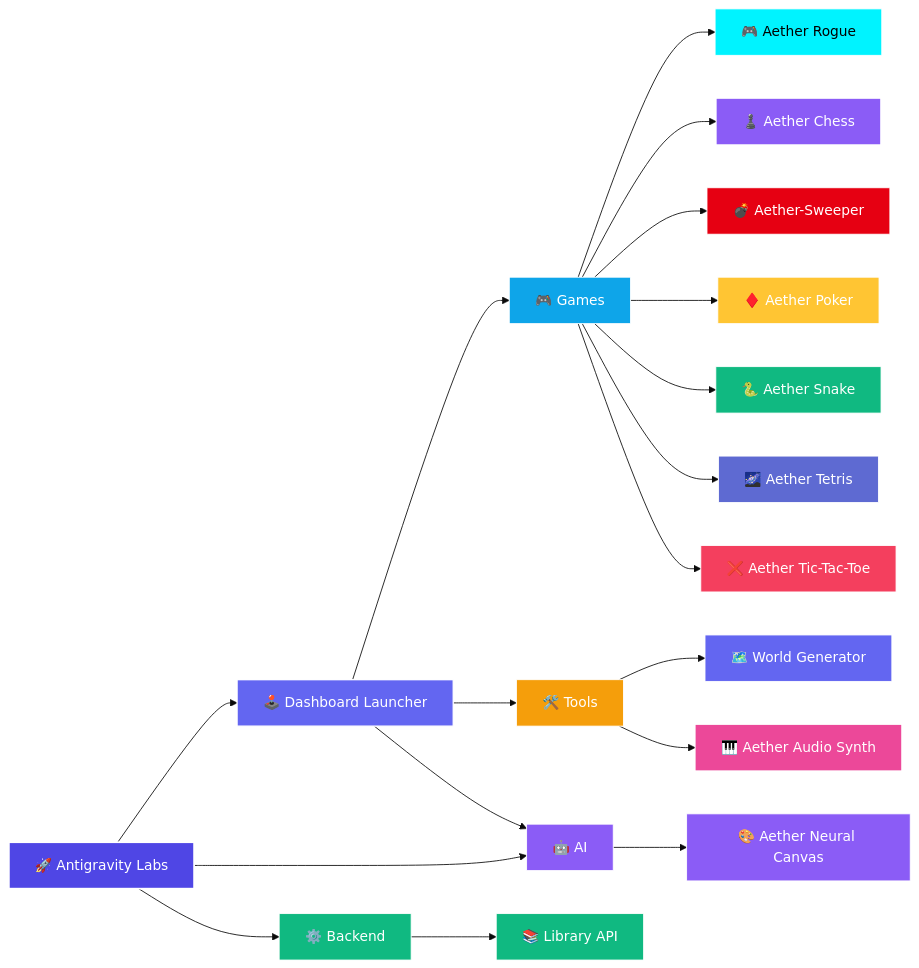
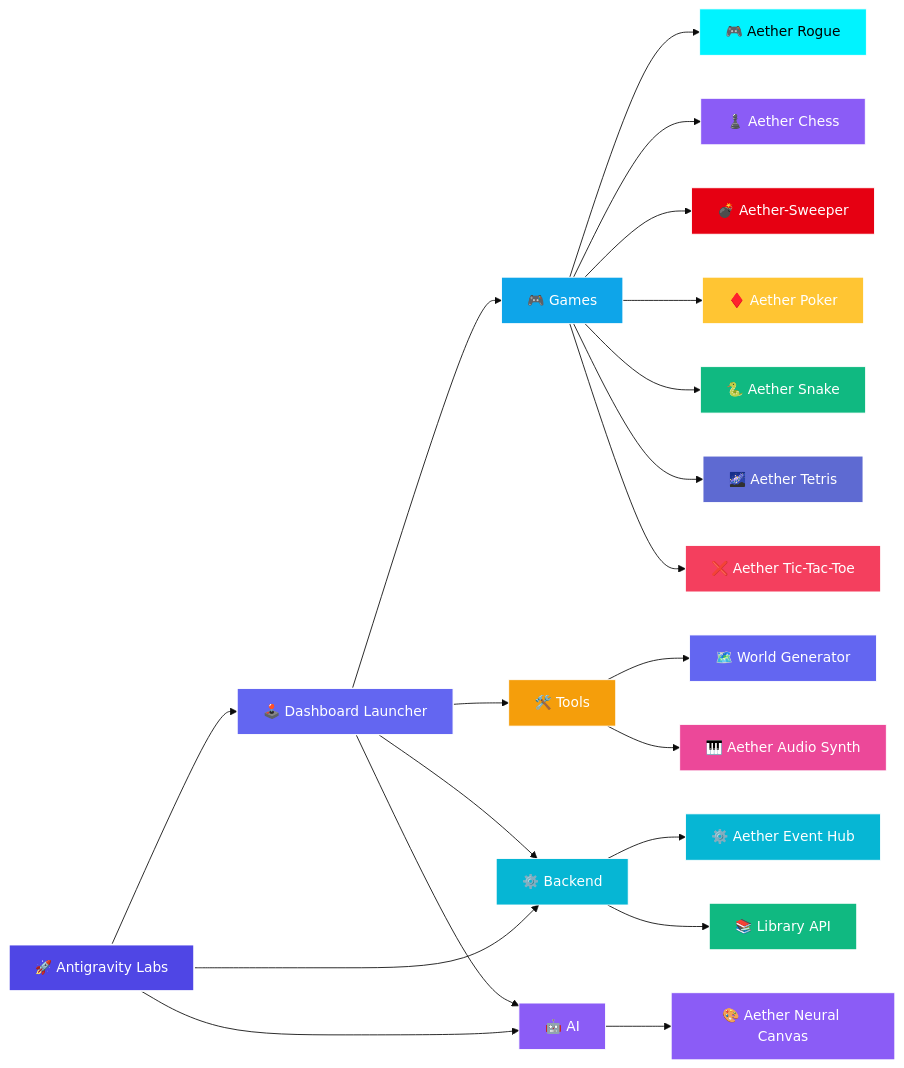
The diagram in README.md (Leturnos/antigravity-labs), drawn with Mermaid (base theme) before and after one commit. The commit also changed other lines of this file and 26 other files, not shown here.

Commit message:
feat(event-hub): add event hub task queue and websocket engine

````diff
--- a/README.md
+++ b/README.md
@@ -36,46 +37,49 @@
 ```mermaid
 flowchart LR
     Root["🚀 Antigravity Labs"]
     Launcher["🕹️ Dashboard Launcher"]
 
     Root --> Launcher
     Root --> Backend["⚙️ Backend"]
     Root --> AI["🤖 AI"]
 
     Launcher --> Games["🎮 Games"]
     Launcher --> Tools["🛠️ Tools"]
     Launcher --> AI["🤖 AI"]
+    Launcher --> Backend["⚙️ Backend"]
 
     Games --> Rogue["🎮 Aether Rogue"]
     Games --> Chess["♟️ Aether Chess"]
     Games --> Sweeper["💣 Aether-Sweeper"]
     Games --> Poker["♦️ Aether Poker"]
     Games --> Snake["🐍 Aether Snake"]
     Games --> Tetris["🌌 Aether Tetris"]
     Games --> TicTacToe["❌ Aether Tic-Tac-Toe"]
 
+    Backend --> EventHub["⚙️ Aether Event Hub"]
     Backend --> LibraryAPI["📚 Library API"]
     
     Tools --> WorldGen["🗺️ World Generator"]
     Tools --> AudioSynth["🎹 Aether Audio Synth"]
 
     AI --> NeuralCanvas["🎨 Aether Neural Canvas"]
 
     style Root fill:#4f46e5,stroke:#fff,stroke-width:2px,color:#fff
     style Launcher fill:#6366f1,stroke:#fff,stroke-width:1.5px,color:#fff
     style Games fill:#0ea5e9,stroke:#fff,stroke-width:1px,color:#fff
-    style Backend fill:#10b981,stroke:#fff,stroke-width:1px,color:#fff
+    style Backend fill:#06b6d4,stroke:#fff,stroke-width:1px,color:#fff
     style AI fill:#8b5cf6,stroke:#fff,stroke-width:1px,color:#fff
     style Tools fill:#f59e0b,stroke:#fff,stroke-width:1px,color:#fff
     style Rogue fill:#00f3ff,stroke:#fff,stroke-width:1px,color:#000
     style Chess fill:#8b5cf6,stroke:#fff,stroke-width:1px,color:#fff
     style Sweeper fill:#e60012,stroke:#fff,stroke-width:1px,color:#fff
     style Poker fill:#ffc533,stroke:#fff,stroke-width:1px,color:#fff
     style Snake fill:#10b981,stroke:#fff,stroke-width:1px,color:#fff
     style Tetris fill:#5e6ad2,stroke:#fff,stroke-width:1px,color:#fff
     style TicTacToe fill:#f43f5e,stroke:#fff,stroke-width:1px,color:#fff
+    style EventHub fill:#06b6d4,stroke:#fff,stroke-width:1px,color:#fff
     style LibraryAPI fill:#10b981,stroke:#fff,stroke-width:1px,color:#fff
     style WorldGen fill:#6366f1,stroke:#fff,stroke-width:1px,color:#fff
     style AudioSynth fill:#ec4899,stroke:#fff,stroke-width:1px,color:#fff
     style NeuralCanvas fill:#8b5cf6,stroke:#fff,stroke-width:1px,color:#fff
 ```
````
